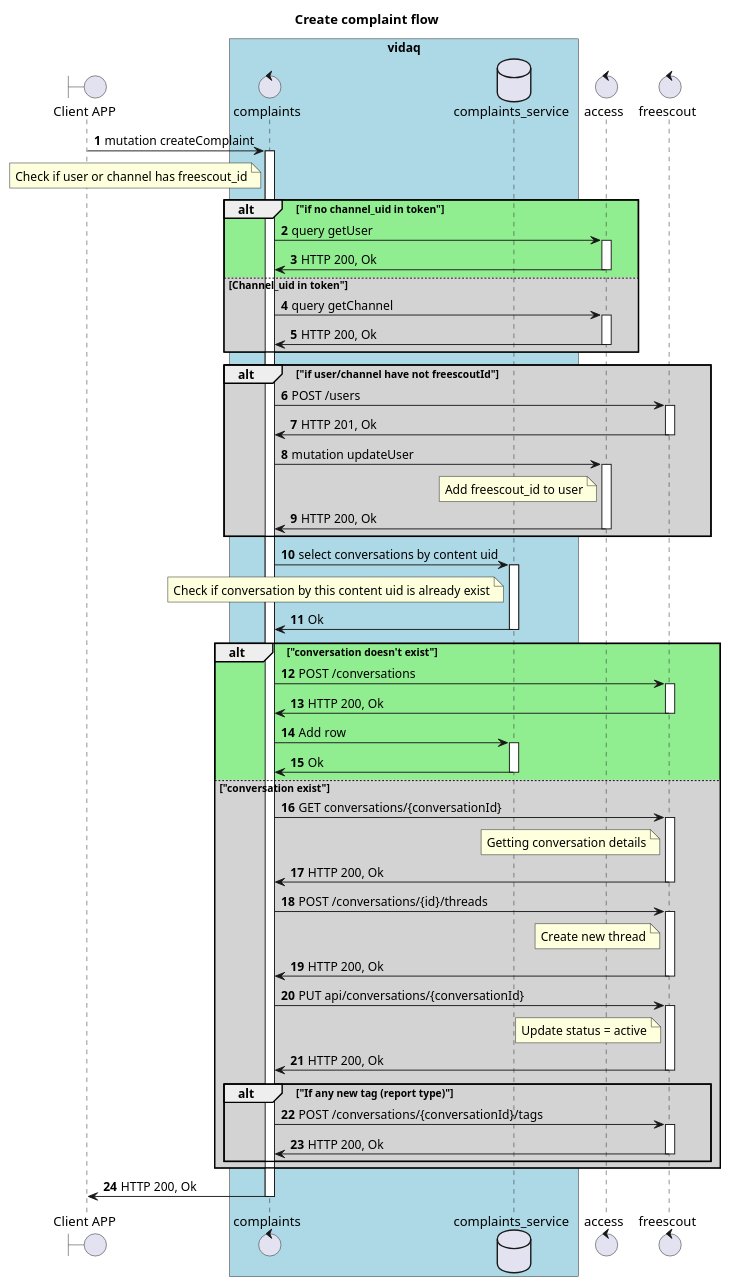
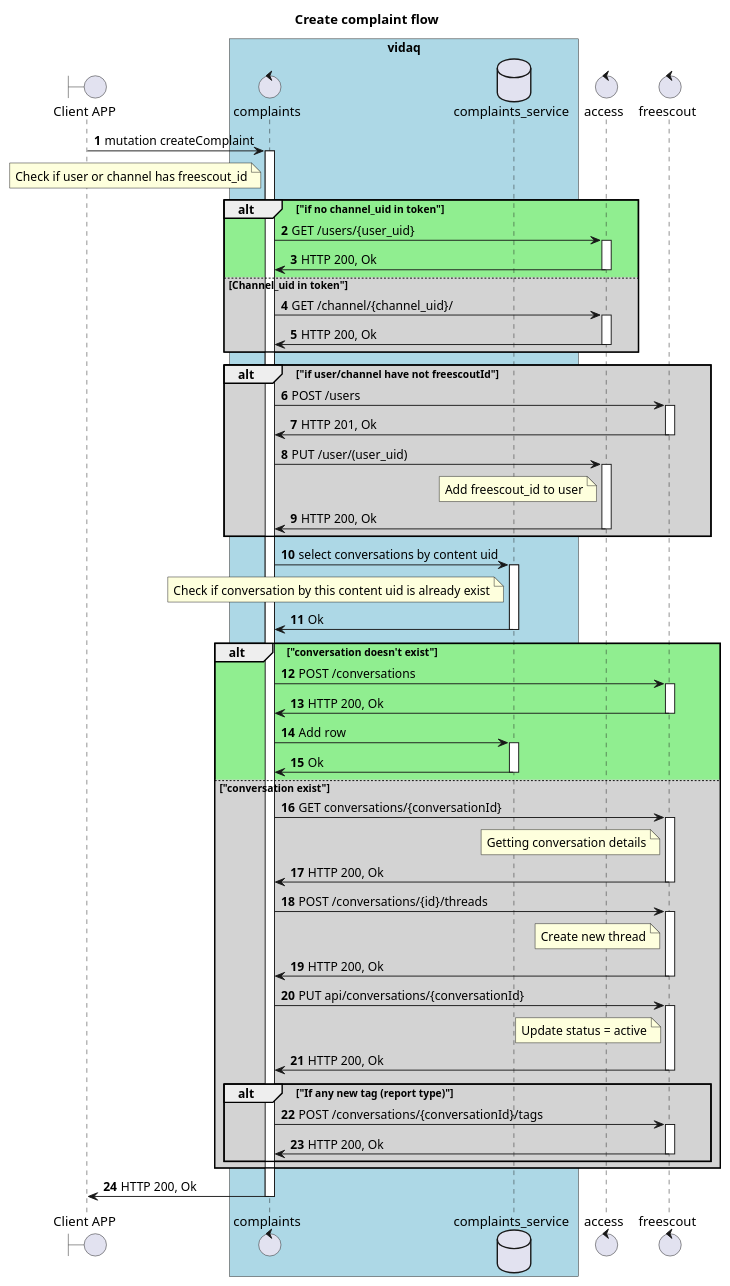
The diagram in schemas/createComplaint.puml (algruwork/work), drawn with PlantUML before and after one commit.

Commit message:
create complaint flow (api) - add fixes part 4

```diff
--- a/schemas/createComplaint.puml
+++ b/schemas/createComplaint.puml
@@ -1,101 +1,101 @@
 @startuml
 
 title "Create complaint flow"
 
 
 boundary "Client APP" as GUI
 box "vidaq" #LightBlue
 control "complaints" as C
 database "complaints_service" as CS
 end box
 control "access" as A
 control "freescout" as F
 
 autonumber
 
 GUI -> C: mutation createComplaint
 activate C
 note left C
 Check if user or channel has freescout_id
 end note
 alt #LightGreen "if no channel_uid in token"
-C -> A: query getUser
+C -> A: GET /users/{user_uid}
 activate A
 A -> C: HTTP 200, Ok
 deactivate A
 else #LightGrey Channel_uid in token"
-C -> A: query getChannel
+C -> A: GET /channel/{channel_uid}/
 activate A
 A -> C: HTTP 200, Ok
 deactivate A
 end
 
 alt #LightGrey "if user/channel have not freescoutId"
 C -> F: POST /users
 activate F
 F -> C: HTTP 201, Ok
 deactivate F
-C -> A: mutation updateUser
+C -> A: PUT /user/(user_uid)
 activate A
 note left A
 Add freescout_id to user
 end note
 A -> C: HTTP 200, Ok
 deactivate A
 end
 
 C -> CS: select conversations by content uid
 activate CS
 note left CS
 Check if conversation by this content uid is already exist
 end note
 CS -> C: Ok
 deactivate CS
 
 
 
 alt #LightGreen "conversation doesn't exist"
 C -> F: POST /conversations
 activate F
 F -> C: HTTP 200, Ok
 deactivate F
 C -> CS: Add row
 activate CS
 CS -> C: Ok
 deactivate CS
 else #LightGrey "conversation exist"
 C -> F: GET conversations/{conversationId}
 activate F
 note left F
 Getting conversation details
 end note
 F -> C: HTTP 200, Ok
 deactivate F
 C -> F: POST /conversations/{id}/threads
 activate F
 note left F
 Create new thread
 end note
 F -> C: HTTP 200, Ok
 deactivate F
 
 C -> F: PUT api/conversations/{conversationId}
 activate F
 note left F
 Update status = active
 end note
 F -> C: HTTP 200, Ok
 deactivate F
 
 alt "If any new tag (report type)"
 C -> F: POST /conversations/{conversationId}/tags
 activate F
 F -> C: HTTP 200, Ok
 deactivate F
 end
 end
 
 C -> GUI: HTTP 200, Ok
 deactivate C
 
 @enduml
```
